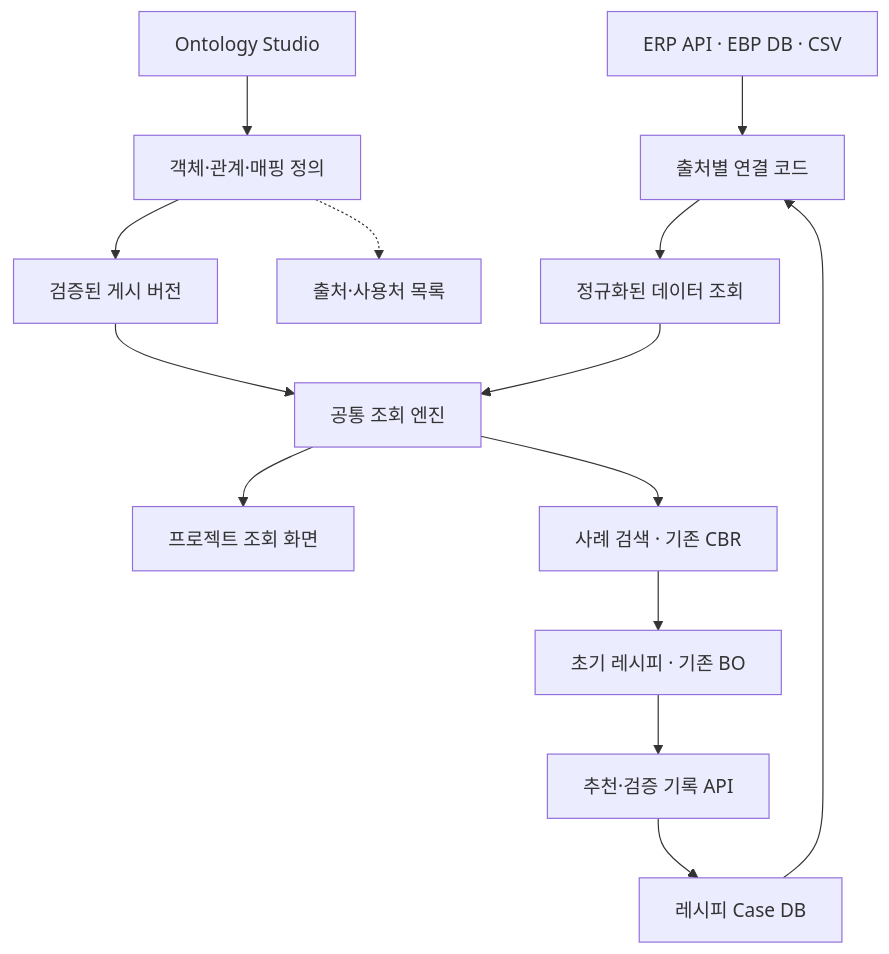
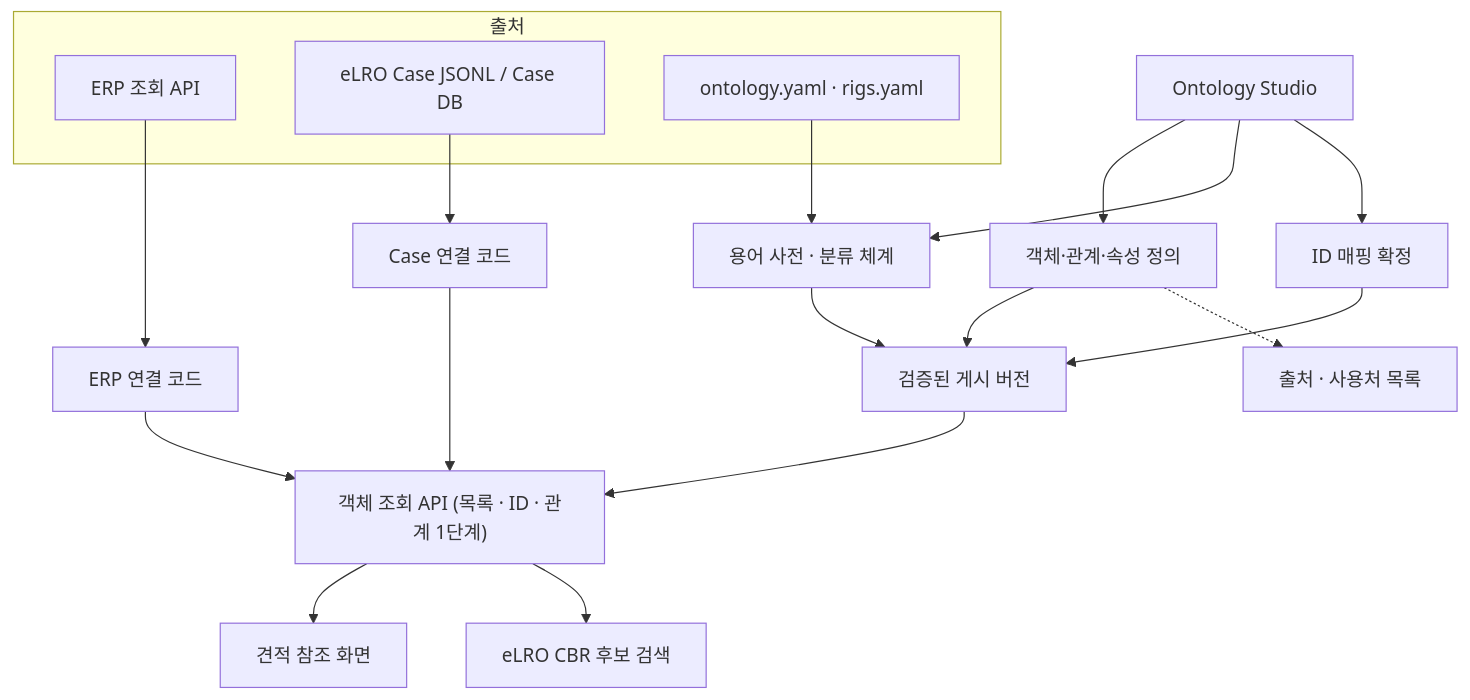
One commit to arlee-dot/Ontology-Studio-PoC changed the diagram in Ontology_Studio_PoC.md. Above: the diagram before and after it, drawn with Mermaid. The commit also changed other lines of this file, not shown here.

First line of the commit message:
Revise Ontology Studio PoC plan to v2

````diff
--- a/Ontology_Studio_PoC.md
+++ b/Ontology_Studio_PoC.md
@@ -24,16 +42,23 @@
 ```mermaid
 flowchart TB
-    A["ERP API · EBP DB · CSV"] --> B["출처별 연결 코드"]
-    B --> C["정규화된 데이터 조회"]
-    S["Ontology Studio"] --> M["객체·관계·매핑 정의"]
+    subgraph SRC["출처"]
+      E["ERP 조회 API"]
+      J["eLRO Case JSONL / Case DB"]
+      Y["ontology.yaml · rigs.yaml"]
+    end
+    E --> C1["ERP 연결 코드"]
+    J --> C2["Case 연결 코드"]
+    Y --> D["용어 사전 · 분류 체계"]
+    S["Ontology Studio"] --> M["객체·관계·속성 정의"]
+    S --> D
+    S --> I["ID 매핑 확정"]
     M --> V["검증된 게시 버전"]
-    V --> Q["공통 조회 엔진"]
-    C --> Q
-    Q --> E["프로젝트 조회 화면"]
-    Q --> R["사례 검색 · 기존 CBR"]
-    R --> T["초기 레시피 · 기존 BO"]
-    T --> W["추천·검증 기록 API"]
-    W --> X["레시피 Case DB"]
-    X --> B
-    M -.-> L["출처·사용처 목록"]
+    D --> V
+    I --> V
+    V --> R["객체 조회 API (목록 · ID · 관계 1단계)"]
+    C1 --> R
+    C2 --> R
+    R --> Q["견적 참조 화면"]
+    R --> K["eLRO CBR 후보 검색"]
+    M -.-> L["출처 · 사용처 목록"]
 ```
````
